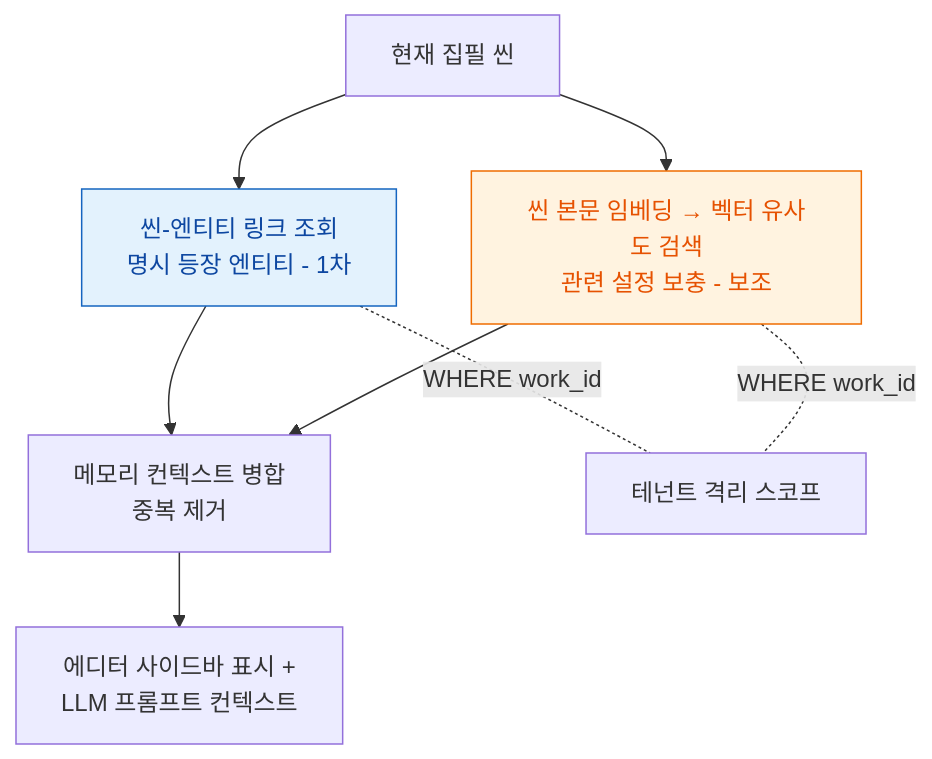
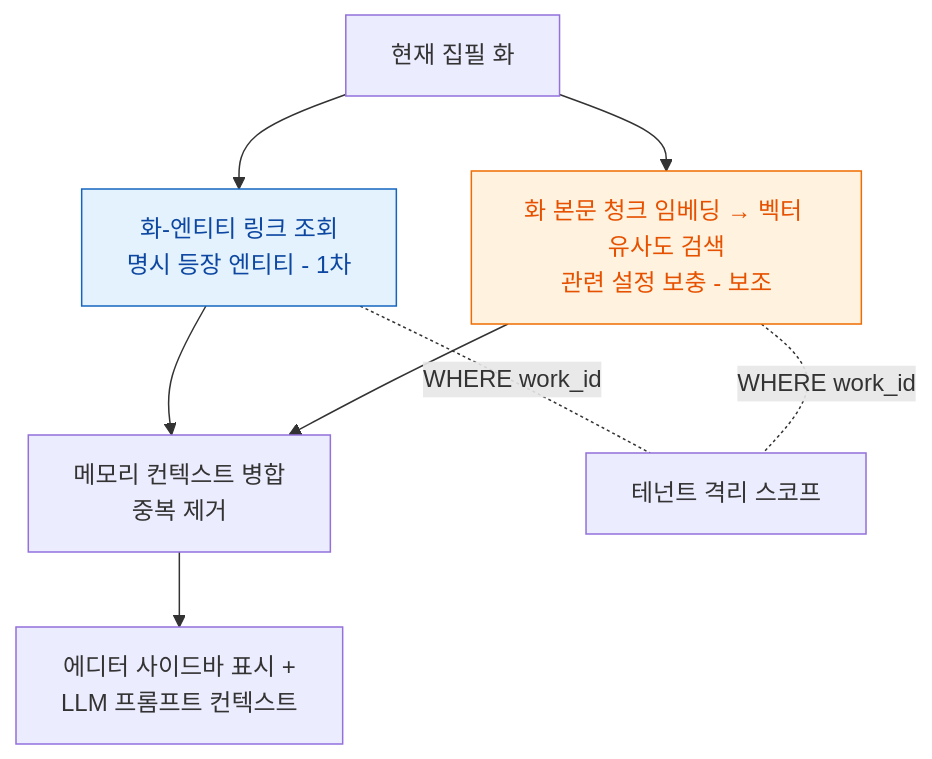
One commit to gyuha/story-weaver changed the first of 3 diagrams in docs/data-model.md. Above: the diagram before and after it, drawn with Mermaid. The commit also changed other lines of this file and 115 other files, not shown here.

````diff
--- a/docs/data-model.md
+++ b/docs/data-model.md
@@ -222,16 +216,16 @@
 ```mermaid
 flowchart TD
-    S[현재 집필 씬] --> L[씬-엔티티 링크 조회<br/>명시 등장 엔티티 - 1차]
-    S --> Q[씬 본문 임베딩 → 벡터 유사도 검색<br/>관련 설정 보충 - 보조]
+    S[현재 집필 화] --> L[화-엔티티 링크 조회<br/>명시 등장 엔티티 - 1차]
+    S --> Q[화 본문 청크 임베딩 → 벡터 유사도 검색<br/>관련 설정 보충 - 보조]
     L --> M[메모리 컨텍스트 병합<br/>중복 제거]
     Q --> M
     M --> SB[에디터 사이드바 표시 +<br/>LLM 프롬프트 컨텍스트]
 
     L -.WHERE work_id.- T[테넌트 격리 스코프]
     Q -.WHERE work_id.- T
 
     classDef primary fill:#e3f2fd,stroke:#1565c0,color:#0d47a1;
     classDef aux fill:#fff3e0,stroke:#ef6c00,color:#e65100;
     class L primary;
     class Q aux;
 ```
````
